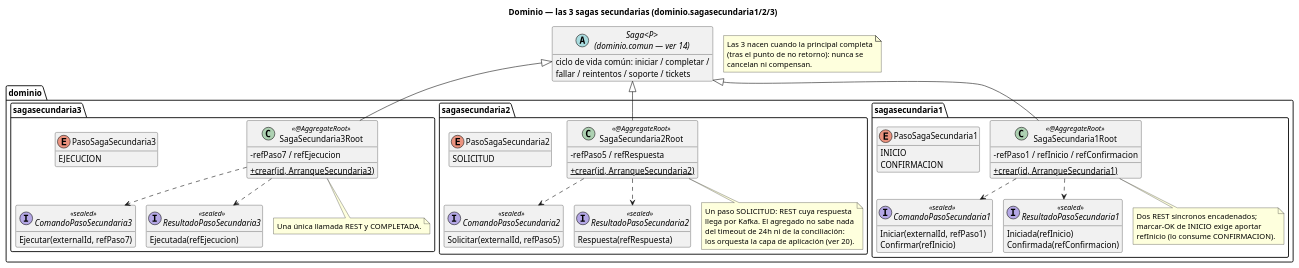
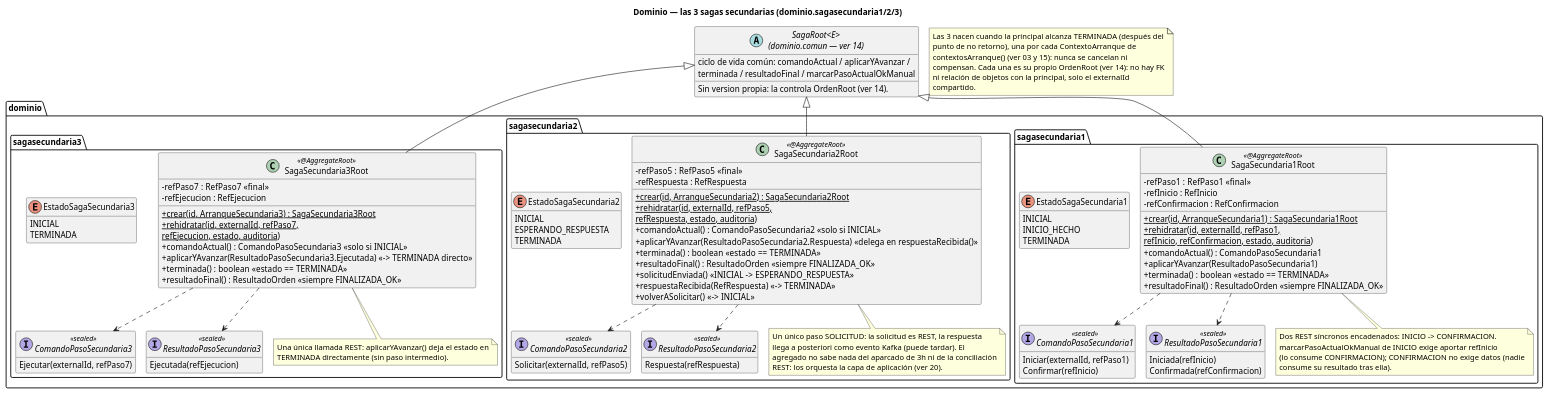
One commit to ralcazar/patrones changed the diagram in order-manager/docs/16-clases-dominio-sagas-secundarias.puml. Above: the diagram before and after it, drawn with PlantUML. The commit also changed 45 other files, not shown here.

First line of the commit message:
Fase 5: diagramas de order-manager sincronizados con el agregado unico

```diff
--- a/order-manager/docs/16-clases-dominio-sagas-secundarias.puml
+++ b/order-manager/docs/16-clases-dominio-sagas-secundarias.puml
@@ -1,93 +1,125 @@
 @startuml 16-clases-dominio-sagas-secundarias
 title Dominio — las 3 sagas secundarias (dominio.sagasecundaria1/2/3)
 !pragma layout smetana
 hide empty members
 skinparam classAttributeIconSize 0
 
-abstract class "Saga<P>\n(dominio.comun — ver 14)" as Saga {
-  ciclo de vida común: iniciar / completar /
-  fallar / reintentos / soporte / tickets
+abstract class "SagaRoot<E>\n(dominio.comun — ver 14)" as SagaRoot {
+  ciclo de vida común: comandoActual / aplicarYAvanzar /
+  terminada / resultadoFinal / marcarPasoActualOkManual
+  Sin version propia: la controla OrdenRoot (ver 14).
 }
 
 package "dominio.sagasecundaria1" {
   class SagaSecundaria1Root <<@AggregateRoot>> {
-    -refPaso1 / refInicio / refConfirmacion
-    +{static} crear(id, ArranqueSecundaria1)
+    -refPaso1 : RefPaso1  «final»
+    -refInicio : RefInicio
+    -refConfirmacion : RefConfirmacion
+    +{static} crear(id, ArranqueSecundaria1) : SagaSecundaria1Root
+    +{static} rehidratar(id, externalId, refPaso1,\nrefInicio, refConfirmacion, estado, auditoria)
+    +comandoActual() : ComandoPasoSecundaria1
+    +aplicarYAvanzar(ResultadoPasoSecundaria1)
+    +terminada() : boolean  «estado == TERMINADA»
+    +resultadoFinal() : ResultadoOrden  «siempre FINALIZADA_OK»
   }
-  enum PasoSagaSecundaria1 {
-    INICIO
-    CONFIRMACION
+  enum EstadoSagaSecundaria1 {
+    INICIAL
+    INICIO_HECHO
+    TERMINADA
   }
   interface ComandoPasoSecundaria1 <<sealed>> {
     Iniciar(externalId, refPaso1)
     Confirmar(refInicio)
   }
   interface ResultadoPasoSecundaria1 <<sealed>> {
     Iniciada(refInicio)
     Confirmada(refConfirmacion)
   }
   note bottom of SagaSecundaria1Root
-    Dos REST síncronos encadenados;
-    marcar-OK de INICIO exige aportar
-    refInicio (lo consume CONFIRMACION).
+    Dos REST síncronos encadenados: INICIO -> CONFIRMACION.
+    marcarPasoActualOkManual de INICIO exige aportar refInicio
+    (lo consume CONFIRMACION); CONFIRMACION no exige datos (nadie
+    consume su resultado tras ella).
   end note
 }
 
 package "dominio.sagasecundaria2" {
   class SagaSecundaria2Root <<@AggregateRoot>> {
-    -refPaso5 / refRespuesta
-    +{static} crear(id, ArranqueSecundaria2)
+    -refPaso5 : RefPaso5  «final»
+    -refRespuesta : RefRespuesta
+    +{static} crear(id, ArranqueSecundaria2) : SagaSecundaria2Root
+    +{static} rehidratar(id, externalId, refPaso5,\nrefRespuesta, estado, auditoria)
+    +comandoActual() : ComandoPasoSecundaria2  «solo si INICIAL»
+    +aplicarYAvanzar(ResultadoPasoSecundaria2.Respuesta)  «delega en respuestaRecibida()»
+    +terminada() : boolean  «estado == TERMINADA»
+    +resultadoFinal() : ResultadoOrden  «siempre FINALIZADA_OK»
+    +solicitudEnviada()  «INICIAL -> ESPERANDO_RESPUESTA»
+    +respuestaRecibida(RefRespuesta)  «-> TERMINADA»
+    +volverASolicitar()  «-> INICIAL»
   }
-  enum PasoSagaSecundaria2 {
-    SOLICITUD
+  enum EstadoSagaSecundaria2 {
+    INICIAL
+    ESPERANDO_RESPUESTA
+    TERMINADA
   }
   interface ComandoPasoSecundaria2 <<sealed>> {
     Solicitar(externalId, refPaso5)
   }
   interface ResultadoPasoSecundaria2 <<sealed>> {
     Respuesta(refRespuesta)
   }
   note bottom of SagaSecundaria2Root
-    Un paso SOLICITUD: REST cuya respuesta
-    llega por Kafka. El agregado no sabe nada
-    del timeout de 24h ni de la conciliación:
-    los orquesta la capa de aplicación (ver 20).
+    Un único paso SOLICITUD: la solicitud es REST, la respuesta
+    llega a posteriori como evento Kafka (puede tardar). El
+    agregado no sabe nada del aparcado de 3h ni de la conciliación
+    REST: los orquesta la capa de aplicación (ver 20).
   end note
 }
 
 package "dominio.sagasecundaria3" {
   class SagaSecundaria3Root <<@AggregateRoot>> {
-    -refPaso7 / refEjecucion
-    +{static} crear(id, ArranqueSecundaria3)
+    -refPaso7 : RefPaso7  «final»
+    -refEjecucion : RefEjecucion
+    +{static} crear(id, ArranqueSecundaria3) : SagaSecundaria3Root
+    +{static} rehidratar(id, externalId, refPaso7,\nrefEjecucion, estado, auditoria)
+    +comandoActual() : ComandoPasoSecundaria3  «solo si INICIAL»
+    +aplicarYAvanzar(ResultadoPasoSecundaria3.Ejecutada)  «-> TERMINADA directo»
+    +terminada() : boolean  «estado == TERMINADA»
+    +resultadoFinal() : ResultadoOrden  «siempre FINALIZADA_OK»
   }
-  enum PasoSagaSecundaria3 {
-    EJECUCION
+  enum EstadoSagaSecundaria3 {
+    INICIAL
+    TERMINADA
   }
   interface ComandoPasoSecundaria3 <<sealed>> {
     Ejecutar(externalId, refPaso7)
   }
   interface ResultadoPasoSecundaria3 <<sealed>> {
     Ejecutada(refEjecucion)
   }
   note bottom of SagaSecundaria3Root
-    Una única llamada REST y COMPLETADA.
+    Una única llamada REST: aplicarYAvanzar() deja el estado en
+    TERMINADA directamente (sin paso intermedio).
   end note
 }
 
-Saga <|-down- SagaSecundaria1Root
-Saga <|-down- SagaSecundaria2Root
-Saga <|-down- SagaSecundaria3Root
+SagaRoot <|-down- SagaSecundaria1Root
+SagaRoot <|-down- SagaSecundaria2Root
+SagaRoot <|-down- SagaSecundaria3Root
 
 SagaSecundaria1Root ..> ComandoPasoSecundaria1
 SagaSecundaria1Root ..> ResultadoPasoSecundaria1
 SagaSecundaria2Root ..> ComandoPasoSecundaria2
 SagaSecundaria2Root ..> ResultadoPasoSecundaria2
 SagaSecundaria3Root ..> ComandoPasoSecundaria3
 SagaSecundaria3Root ..> ResultadoPasoSecundaria3
 
 note as NNace
-  Las 3 nacen cuando la principal completa
-  (tras el punto de no retorno): nunca se
-  cancelan ni compensan.
+  Las 3 nacen cuando la principal alcanza TERMINADA (después del
+  punto de no retorno), una por cada ContextoArranque de
+  contextosArranque() (ver 03 y 15): nunca se cancelan ni
+  compensan. Cada una es su propio OrdenRoot (ver 14): no hay FK
+  ni relación de objetos con la principal, solo el externalId
+  compartido.
 end note
 @enduml
```
